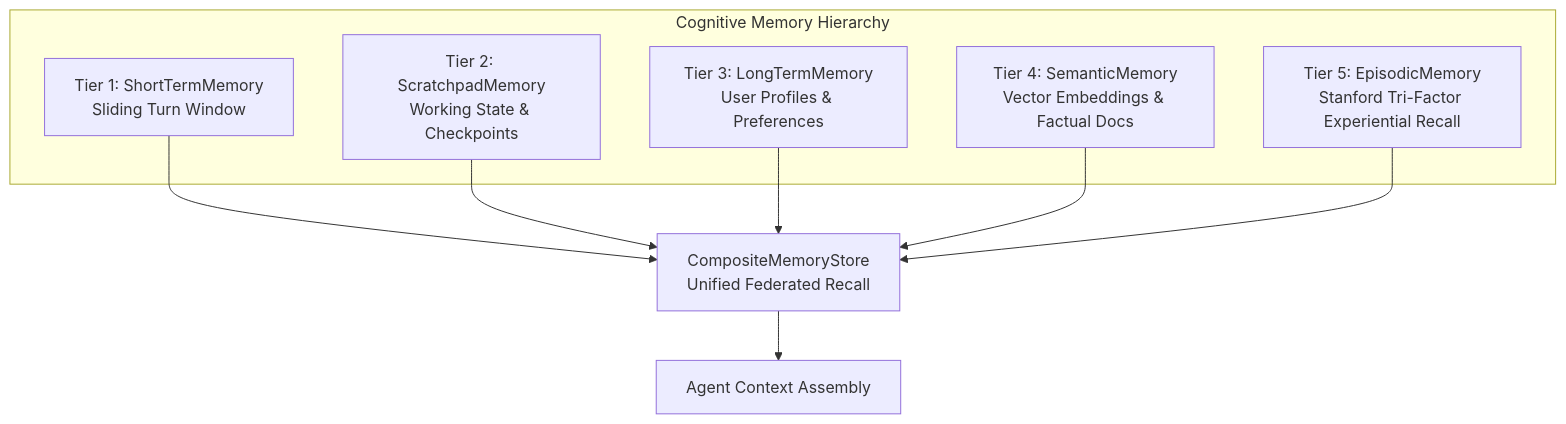
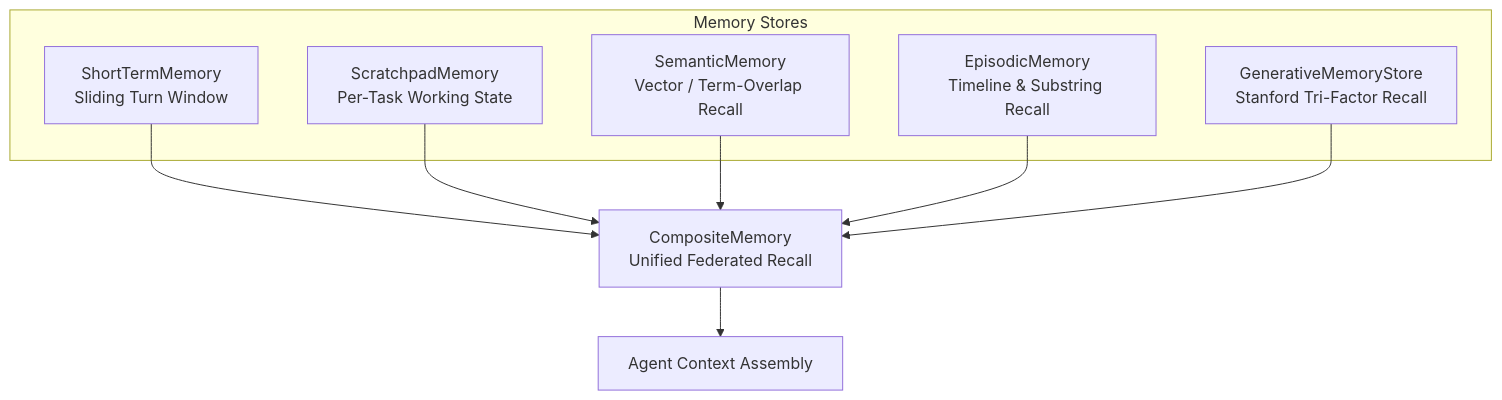
The diagram in apps/landing/content/docs/memory/index.mdx (irzix/nestjs-agentic), drawn with Mermaid before and after one commit. The commit also changed other lines of this file and 22 other files, not shown here.

````diff
--- a/apps/landing/content/docs/memory/index.mdx
+++ b/apps/landing/content/docs/memory/index.mdx
@@ -12,17 +12,17 @@
 ```mermaid
 graph TD
-    subgraph Cognitive Memory Hierarchy
-        L1[Tier 1: ShortTermMemory<br/>Sliding Turn Window]
-        L2[Tier 2: ScratchpadMemory<br/>Working State & Checkpoints]
-        L3[Tier 3: LongTermMemory<br/>User Profiles & Preferences]
-        L4[Tier 4: SemanticMemory<br/>Vector Embeddings & Factual Docs]
-        L5[Tier 5: EpisodicMemory<br/>Stanford Tri-Factor Experiential Recall]
+    subgraph Memory Stores
+        L1[ShortTermMemory<br/>Sliding Turn Window]
+        L2[ScratchpadMemory<br/>Per-Task Working State]
+        L3[SemanticMemory<br/>Vector / Term-Overlap Recall]
+        L4[EpisodicMemory<br/>Timeline & Substring Recall]
+        L5[GenerativeMemoryStore<br/>Stanford Tri-Factor Recall]
     end
 
-    L1 --> Comp[CompositeMemoryStore<br/>Unified Federated Recall]
+    L1 --> Comp[CompositeMemory<br/>Unified Federated Recall]
     L2 --> Comp
     L3 --> Comp
     L4 --> Comp
     L5 --> Comp
     Comp --> Agent[Agent Context Assembly]
 ```
````
